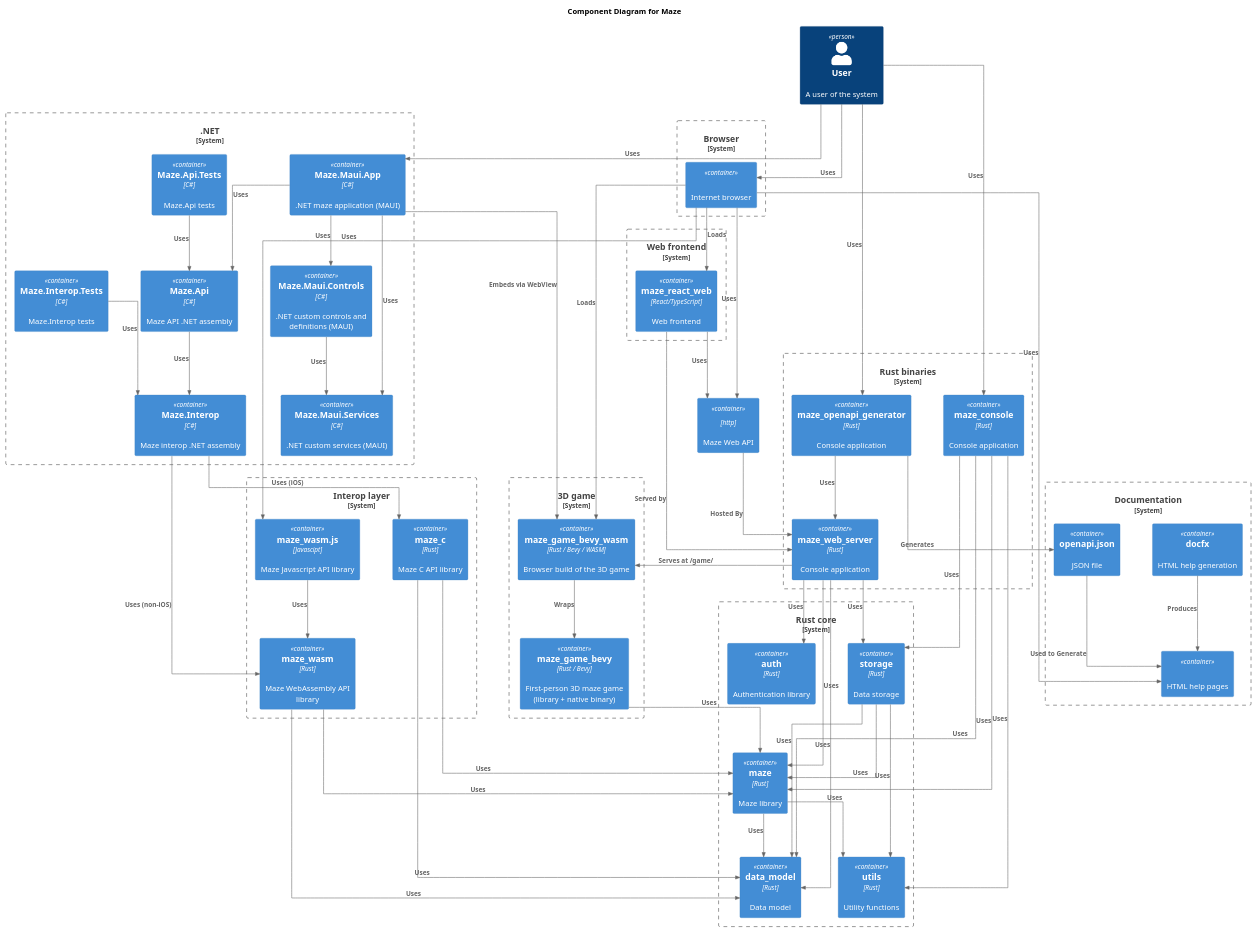
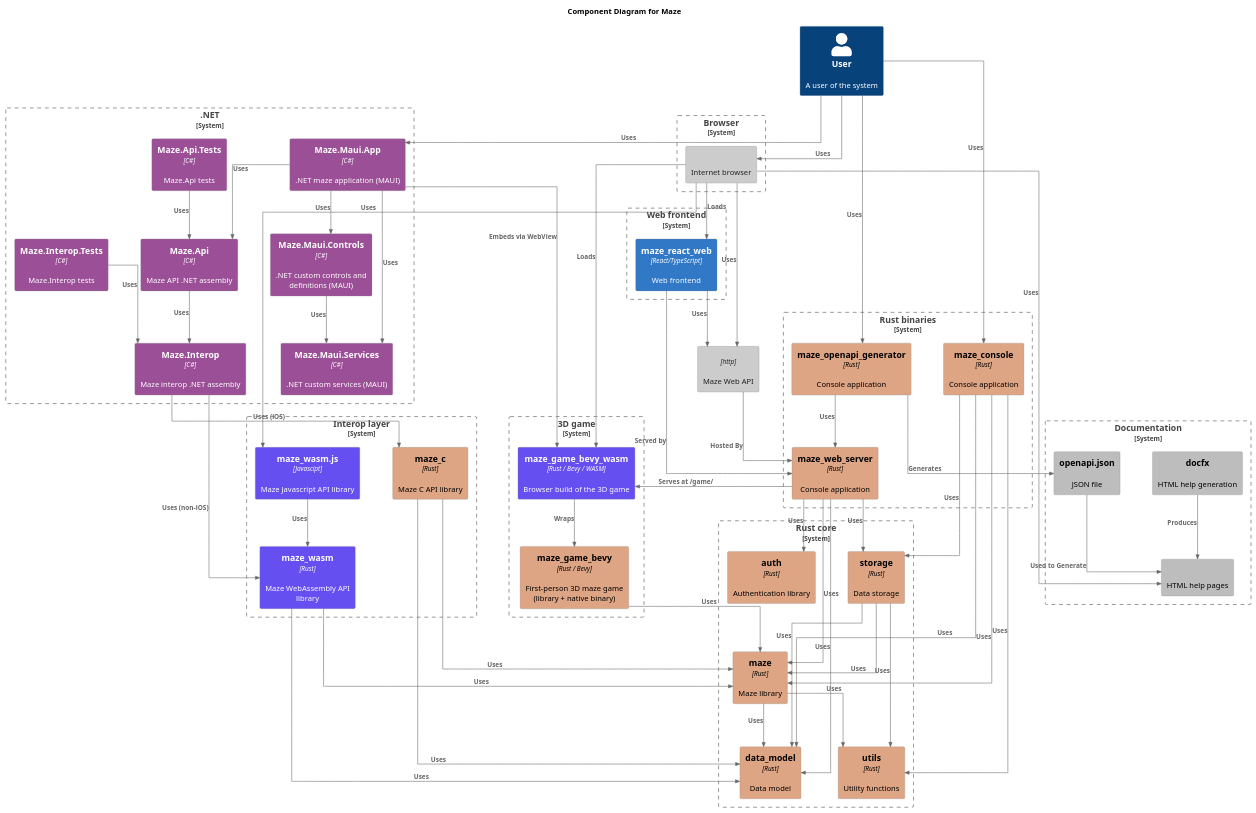
One commit to budgiedownunder/maze changed the diagram in docs/diagrams/components.puml. Above: the diagram before and after it, drawn with PlantUML. The commit also changed 1 other file, not shown here.

Commit message:
docs(diagrams): colour-code containers by technology and neutralise untagged structural boxes and hide stereotype labels

```diff
--- a/docs/diagrams/components.puml
+++ b/docs/diagrams/components.puml
@@ -2,113 +2,122 @@
 @startuml components
 
 !include https://raw.githubusercontent.com/plantuml-stdlib/C4-PlantUML/master/C4_Container.puml
 
 LAYOUT_TOP_DOWN()
+HIDE_STEREOTYPE()
 skinparam linetype ortho
 skinparam nodesep 60
 skinparam ranksep 80
+
+UpdateElementStyle("container", $bgColor="#cccccc", $fontColor="#222222", $borderColor="#888888")
+
+AddElementTag("rust",   $bgColor="#dea584", $fontColor="#000000", $legendText="Rust")
+AddElementTag("csharp", $bgColor="#9b4f96", $fontColor="#ffffff", $legendText="C# / .NET")
+AddElementTag("ts",     $bgColor="#3178c6", $fontColor="#ffffff", $legendText="TypeScript / React")
+AddElementTag("wasm",   $bgColor="#654ff0", $fontColor="#ffffff", $legendText="WebAssembly")
+AddElementTag("doc",    $bgColor="#bdbdbd", $fontColor="#000000", $legendText="Documentation")
 
 title Component Diagram for Maze
 
 Person(user, "User", "A user of the system")
 
 System_Boundary(c1, "Browser") {
     Container(browser, "", "", "Internet browser")
 }
 
 Container(maze_web_api, "", "http", "Maze Web API")
 
 System_Boundary(b_rust_core, "Rust core") {
-    Container(maze, "maze", "Rust", "Maze library")
-    Container(data_model, "data_model", "Rust", "Data model")
-    Container(utils, "utils", "Rust", "Utility functions")
-    Container(auth, "auth", "Rust", "Authentication library")
-    Container(storage, "storage", "Rust", "Data storage")
+    Container(maze, "maze", "Rust", "Maze library", $tags="rust")
+    Container(data_model, "data_model", "Rust", "Data model", $tags="rust")
+    Container(utils, "utils", "Rust", "Utility functions", $tags="rust")
+    Container(auth, "auth", "Rust", "Authentication library", $tags="rust")
+    Container(storage, "storage", "Rust", "Data storage", $tags="rust")
 }
 
 System_Boundary(b_rust_bins, "Rust binaries") {
-    Container(maze_web_server, "maze_web_server", "Rust", "Console application")
-    Container(maze_console, "maze_console", "Rust", "Console application")
-    Container(maze_openapi_generator, "maze_openapi_generator", "Rust", "Console application")
+    Container(maze_web_server, "maze_web_server", "Rust", "Console application", $tags="rust")
+    Container(maze_console, "maze_console", "Rust", "Console application", $tags="rust")
+    Container(maze_openapi_generator, "maze_openapi_generator", "Rust", "Console application", $tags="rust")
 }
 
 System_Boundary(b_interop, "Interop layer") {
-    Container(maze_wasm, "maze_wasm", "Rust", "Maze WebAssembly API library")
-    Container(maze_wasm_js, "maze_wasm.js", "Javascipt", "Maze Javascript API library")
-    Container(maze_c, "maze_c", "Rust", "Maze C API library")
+    Container(maze_wasm, "maze_wasm", "Rust", "Maze WebAssembly API library", $tags="wasm")
+    Container(maze_wasm_js, "maze_wasm.js", "Javascipt", "Maze Javascript API library", $tags="wasm")
+    Container(maze_c, "maze_c", "Rust", "Maze C API library", $tags="rust")
 }
 
 System_Boundary(b_dotnet, ".NET") {
-    Container(maze_maui_app_net, "Maze.Maui.App", "C#", ".NET maze application (MAUI)")
-    Container(maze_maui_controls_net, "Maze.Maui.Controls", "C#", ".NET custom controls and definitions (MAUI)")
-    Container(maze_maui_services_net, "Maze.Maui.Services", "C#", ".NET custom services (MAUI)")
-    Container(maze_api_net, "Maze.Api", "C#", "Maze API .NET assembly")
-    Container(maze_api_net_tests, "Maze.Api.Tests", "C#", "Maze.Api tests")
-    Container(maze_interop_net, "Maze.Interop", "C#", "Maze interop .NET assembly")
-    Container(maze_interop_net_tests, "Maze.Interop.Tests", "C#", "Maze.Interop tests")
+    Container(maze_maui_app_net, "Maze.Maui.App", "C#", ".NET maze application (MAUI)", $tags="csharp")
+    Container(maze_maui_controls_net, "Maze.Maui.Controls", "C#", ".NET custom controls and definitions (MAUI)", $tags="csharp")
+    Container(maze_maui_services_net, "Maze.Maui.Services", "C#", ".NET custom services (MAUI)", $tags="csharp")
+    Container(maze_api_net, "Maze.Api", "C#", "Maze API .NET assembly", $tags="csharp")
+    Container(maze_api_net_tests, "Maze.Api.Tests", "C#", "Maze.Api tests", $tags="csharp")
+    Container(maze_interop_net, "Maze.Interop", "C#", "Maze interop .NET assembly", $tags="csharp")
+    Container(maze_interop_net_tests, "Maze.Interop.Tests", "C#", "Maze.Interop tests", $tags="csharp")
 }
 
 System_Boundary(b_web, "Web frontend") {
-    Container(maze_react_web, "maze_react_web", "React/TypeScript", "Web frontend")
+    Container(maze_react_web, "maze_react_web", "React/TypeScript", "Web frontend", $tags="ts")
 }
 
 System_Boundary(b_game, "3D game") {
-    Container(maze_game_bevy, "maze_game_bevy", "Rust / Bevy", "First-person 3D maze game (library + native binary)")
-    Container(maze_game_bevy_wasm, "maze_game_bevy_wasm", "Rust / Bevy / WASM", "Browser build of the 3D game")
+    Container(maze_game_bevy, "maze_game_bevy", "Rust / Bevy", "First-person 3D maze game (library + native binary)", $tags="rust")
+    Container(maze_game_bevy_wasm, "maze_game_bevy_wasm", "Rust / Bevy / WASM", "Browser build of the 3D game", $tags="wasm")
 }
 
 System_Boundary(b_docs, "Documentation") {
-    Container(docfx, "docfx", "", "HTML help generation")
-    Container(html_help, "", "", "HTML help pages")
-    Container(openapi_json, "openapi.json", "", "JSON file")
+    Container(docfx, "docfx", "", "HTML help generation", $tags="doc")
+    Container(html_help, "", "", "HTML help pages", $tags="doc")
+    Container(openapi_json, "openapi.json", "", "JSON file", $tags="doc")
 }
 
 Rel(user, browser, "Uses")
 Rel(browser, html_help, "Uses")
 Rel(browser, maze_wasm_js, "Uses")
 Rel(docfx, html_help, "Produces")
 Rel(user, maze_console, "Uses")
 Rel(maze_console, data_model, "Uses")
 Rel(maze_console, maze, "Uses")
 Rel(maze_console, storage, "Uses")
 Rel(maze_console, utils, "Uses")
 Rel(browser, maze_react_web, "Loads")
 Rel(maze_react_web, maze_web_api, "Uses")
 Rel(maze_react_web, maze_web_server, "Served by")
 Rel(browser, maze_web_api, "Uses")
 Rel(maze_web_api, maze_web_server, "Hosted By")
 Rel(maze_web_server, auth, "Uses")
 Rel(maze_web_server, data_model, "Uses")
 Rel(maze_web_server, maze, "Uses")
 Rel(maze_web_server, storage, "Uses")
 Rel(user, maze_openapi_generator, "Uses")
 Rel(maze_openapi_generator, maze_web_server, "Uses")
 Rel(maze_openapi_generator, openapi_json, "Generates")
 Rel(openapi_json, html_help, "Used to Generate")
 Rel(user, maze_maui_app_net, "Uses")
 Rel(maze_maui_app_net, maze_maui_controls_net, "Uses")
 Rel(maze_maui_app_net, maze_maui_services_net, "Uses")
 Rel(maze_maui_app_net, maze_api_net, "Uses")
 Rel(maze_maui_controls_net, maze_maui_services_net, "Uses")
 Rel(maze_api_net_tests, maze_api_net, "Uses")
 Rel(maze_api_net, maze_interop_net, "Uses")
 Rel(maze_interop_net_tests, maze_interop_net, "Uses")
 Rel(maze_interop_net, maze_wasm, "Uses (non-iOS)")
 Rel(maze_interop_net, maze_c, "Uses (iOS)")
 Rel(maze_wasm_js, maze_wasm, "Uses")
 Rel(maze_wasm, data_model, "Uses")
 Rel(maze_wasm, maze, "Uses")
 Rel(maze_c, data_model, "Uses")
 Rel(maze_c, maze, "Uses")
 Rel(storage, data_model, "Uses")
 Rel(storage, maze, "Uses")
 Rel(storage, utils, "Uses")
 Rel(maze, data_model, "Uses")
 Rel(maze, utils, "Uses")
 Rel(maze_game_bevy, maze, "Uses")
 Rel(maze_game_bevy_wasm, maze_game_bevy, "Wraps")
 Rel(maze_web_server, maze_game_bevy_wasm, "Serves at /game/")
 Rel(browser, maze_game_bevy_wasm, "Loads")
 Rel(maze_maui_app_net, maze_game_bevy_wasm, "Embeds via WebView")
 
 @enduml
```
